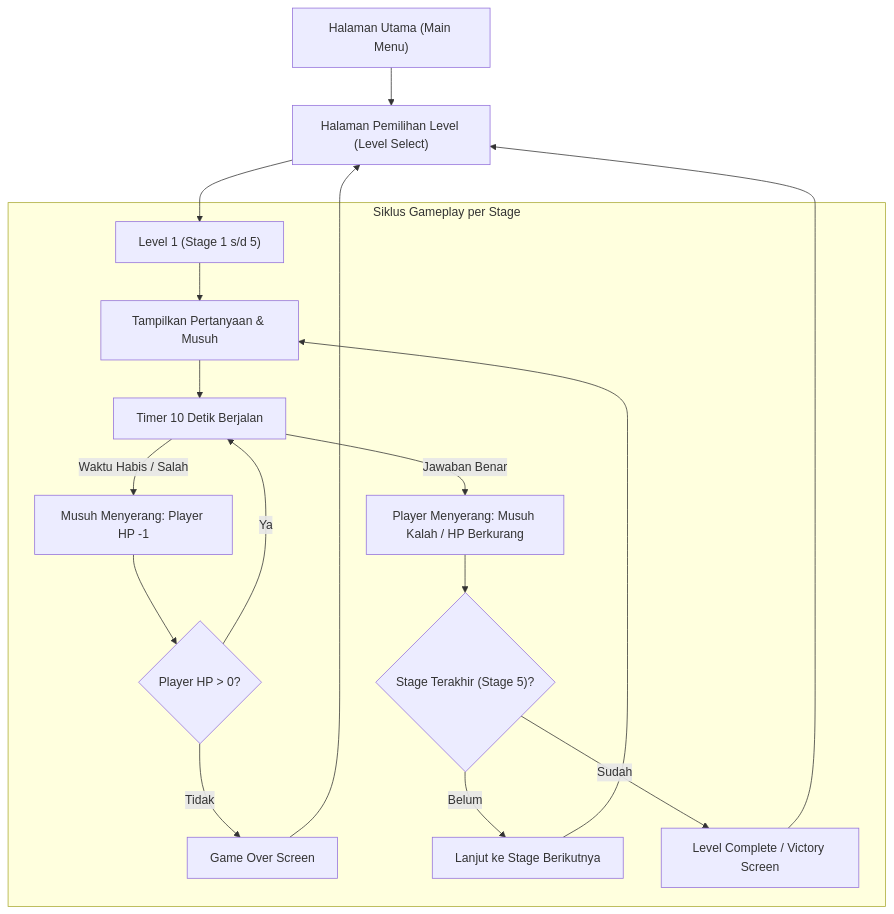
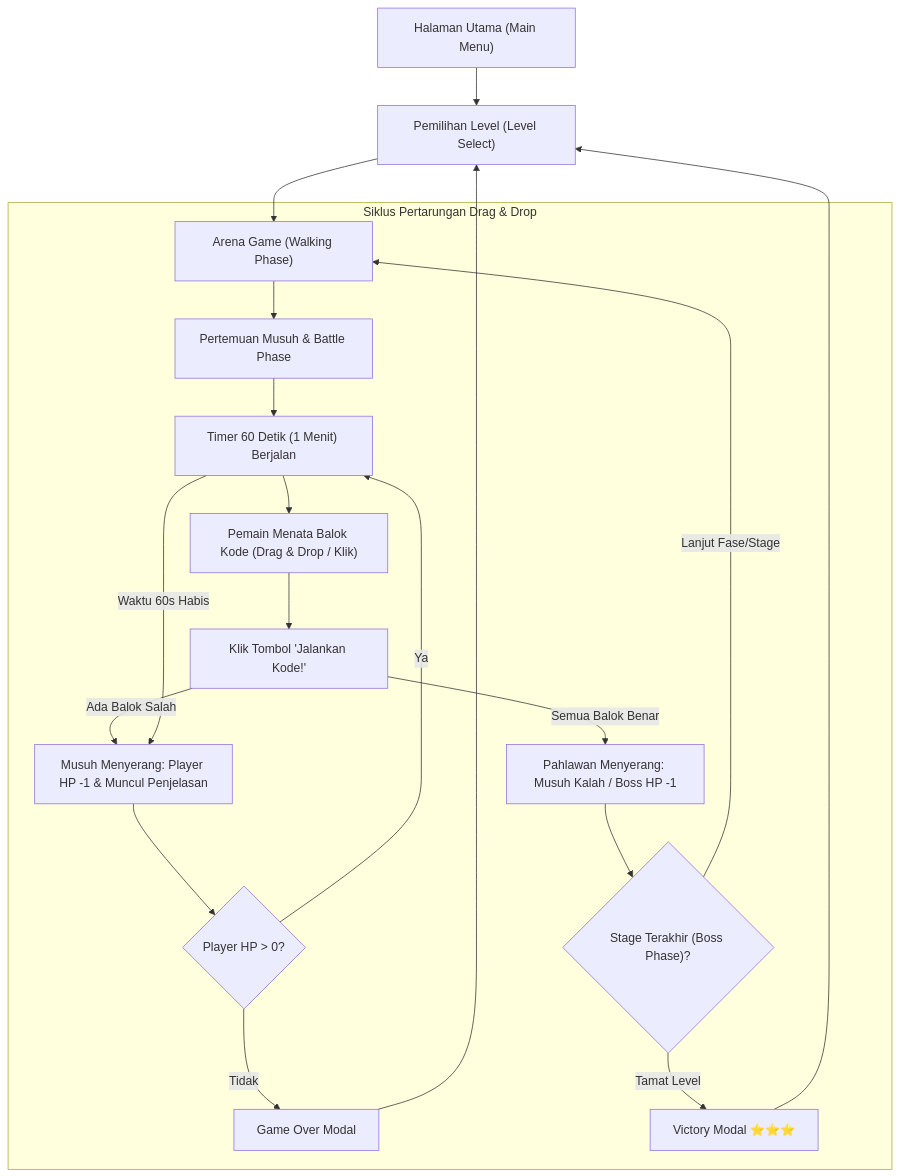
The diagram in game_design_document.md (aly675/game-bekom-prototype), drawn with Mermaid before and after one commit. The commit also changed other lines of this file and 6 other files, not shown here.

````diff
--- a/game_design_document.md
+++ b/game_design_document.md
@@ -23,22 +23,24 @@
 ```mermaid
 flowchart TD
-    A["Halaman Utama (Main Menu)"] --> B["Halaman Pemilihan Level (Level Select)"]
-    B --> C["Level 1 (Stage 1 s/d 5)"]
+    A["Halaman Utama (Main Menu)"] --> B["Pemilihan Level (Level Select)"]
+    B --> C["Arena Game (Walking Phase)"]
+    C --> D["Pertemuan Musuh & Battle Phase"]
     
-    subgraph GameplayLoop ["Siklus Gameplay per Stage"]
-        C --> D["Tampilkan Pertanyaan & Musuh"]
-        D --> E["Timer 10 Detik Berjalan"]
-        E -->|Waktu Habis / Salah| F["Musuh Menyerang: Player HP -1"]
-        E -->|Jawaban Benar| G["Player Menyerang: Musuh Kalah / HP Berkurang"]
-        F --> H{"Player HP > 0?"}
-        H -->|Tidak| I["Game Over Screen"]
-        H -->|Ya| E
-        G --> J{"Stage Terakhir (Stage 5)?"}
-        J -->|Belum| K["Lanjut ke Stage Berikutnya"]
-        K --> D
-        J -->|Sudah| L["Level Complete / Victory Screen"]
+    subgraph BattleLoop ["Siklus Pertarungan Drag & Drop"]
+        D --> E["Timer 60 Detik (1 Menit) Berjalan"]
+        E --> F["Pemain Menata Balok Kode (Drag & Drop / Klik)"]
+        F --> G["Klik Tombol 'Jalankan Kode!'"]
+        G -->|Semua Balok Benar| H["Pahlawan Menyerang: Musuh Kalah / Boss HP -1"]
+        G -->|Ada Balok Salah| I["Musuh Menyerang: Player HP -1 & Muncul Penjelasan"]
+        E -->|Waktu 60s Habis| I
+        I --> J{"Player HP > 0?"}
+        J -->|Ya| E
+        J -->|Tidak| K["Game Over Modal"]
+        H --> L{"Stage Terakhir (Boss Phase)?"}
+        L -->|Lanjut Fase/Stage| C
+        L -->|Tamat Level| M["Victory Modal ⭐⭐⭐"]
     end
 
-    I --> B
-    L --> B
+    K --> B
+    M --> B
 ```
````
